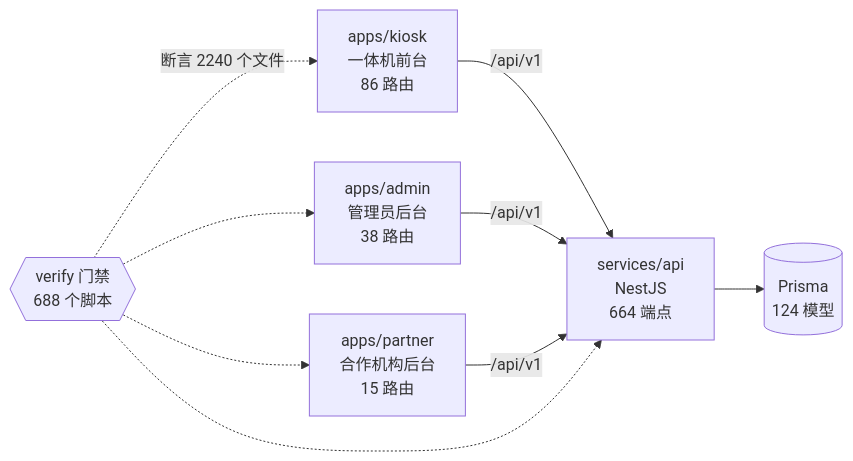
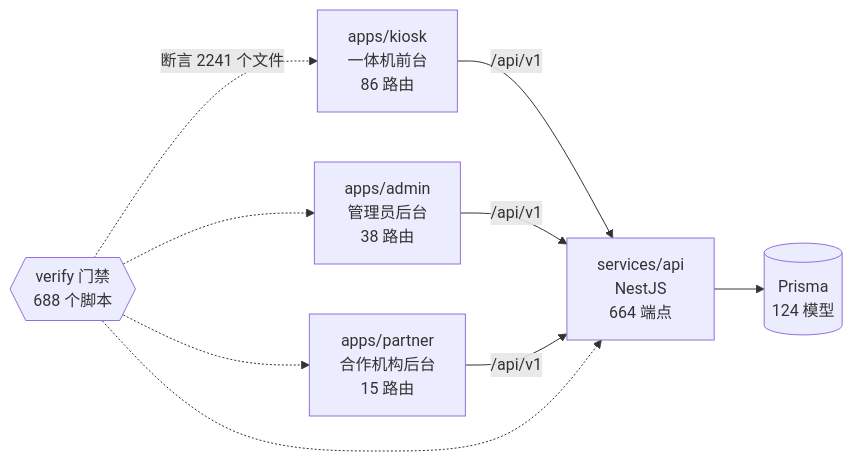
Before and after one commit to wanglei581/YITIJI: the diagram in docs/graph/README.md, drawn with Mermaid. The commit also changed other lines of this file and 3 other files, not shown here.

````diff
--- a/docs/graph/README.md
+++ b/docs/graph/README.md
@@ -68,18 +68,18 @@
 ```mermaid
 flowchart LR
   kiosk["apps/kiosk<br/>一体机前台<br/>86 路由"]
   admin["apps/admin<br/>管理员后台<br/>38 路由"]
   partner["apps/partner<br/>合作机构后台<br/>15 路由"]
   api["services/api<br/>NestJS<br/>664 端点"]
   db[("Prisma<br/>124 模型")]
   gates{{"verify 门禁<br/>688 个脚本"}}
 
   kiosk -->|"/api/v1"| api
   admin -->|"/api/v1"| api
   partner -->|"/api/v1"| api
   api --> db
-  gates -.->|"断言 2240 个文件"| kiosk
+  gates -.->|"断言 2241 个文件"| kiosk
   gates -.-> admin
   gates -.-> partner
   gates -.-> api
 ```
````
